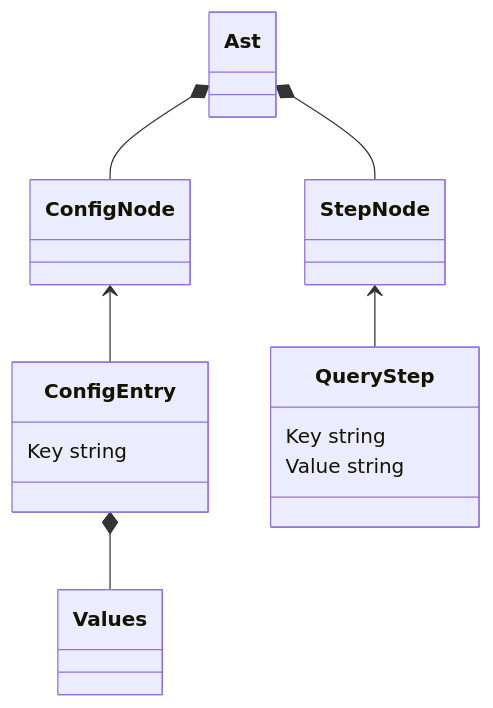
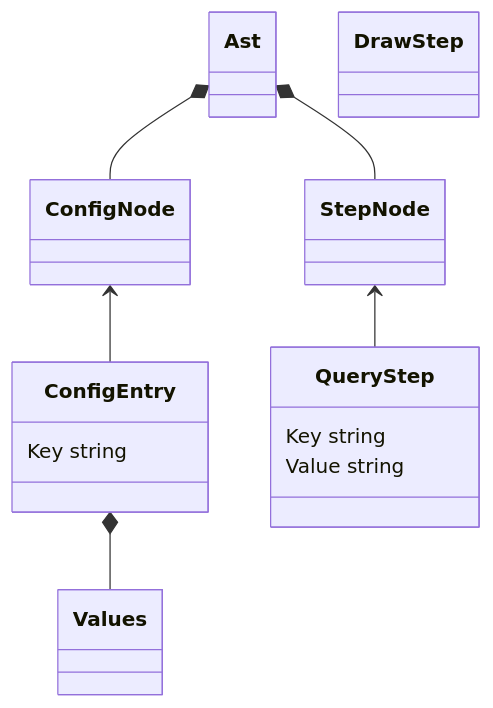
Before and after one commit to jepoen/screencasts: the diagram in osm/05-parser/README.md, drawn with Mermaid.

Commit message:
repaired AST

```diff
--- a/osm/05-parser/README.md
+++ b/osm/05-parser/README.md
@@ -164,23 +164,25 @@
 ~~~mermaid
 classDiagram
 
 Ast *-- ConfigNode
 
 Ast *-- StepNode
 
 ConfigNode <-- ConfigEntry
 
 class ConfigEntry{
   Key string
 }
 
 ConfigEntry *-- Values
 
 StepNode <-- QueryStep
 
 class QueryStep {
       Key string
       Value string
 }
 
+class DrawStep
+
 ~~~
```
